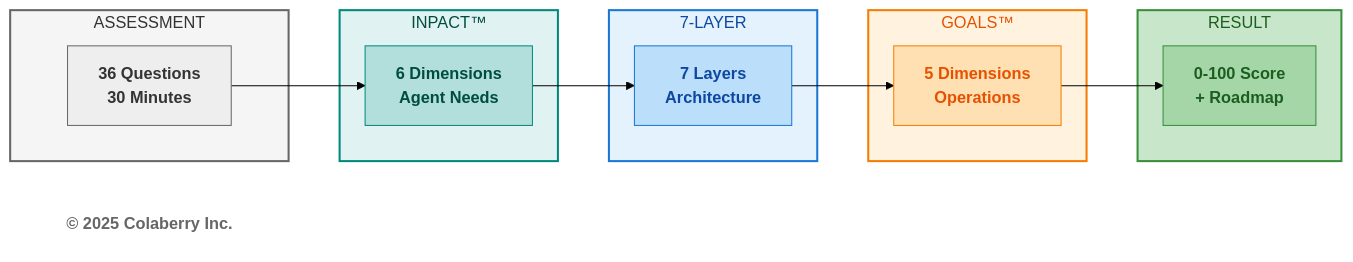
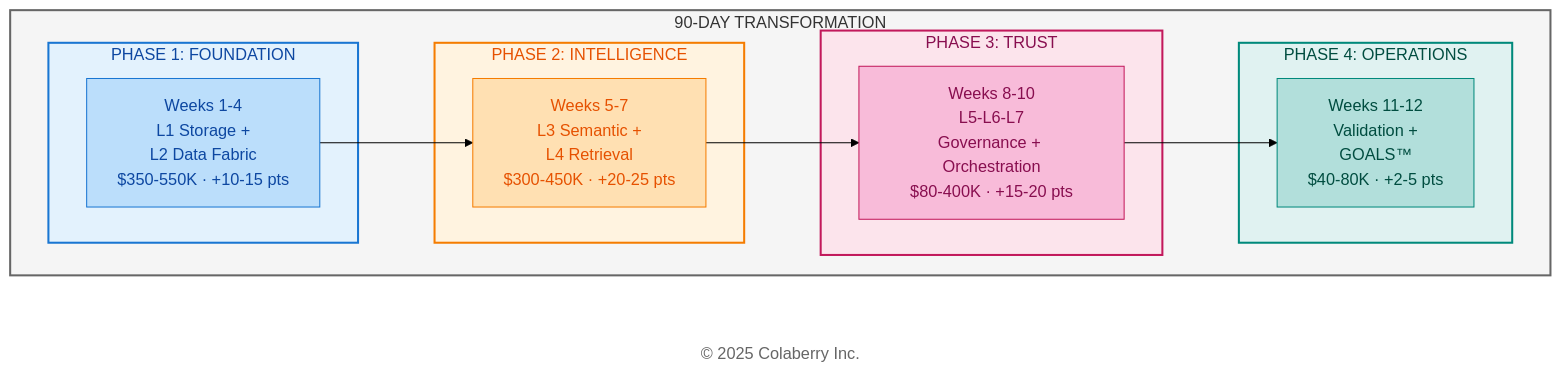
The second of 8 diagrams in manuscript/11_chapter_10_week_by_week_implementation.md (saitejesh-cyber/trust-before-intelligence-book), drawn with Mermaid (forest theme) before and after one commit. The commit also changed other lines of this file, not shown here.

````diff
--- a/manuscript/11_chapter_10_week_by_week_implementation.md
+++ b/manuscript/11_chapter_10_week_by_week_implementation.md
@@ -87,38 +149,38 @@
 ```mermaid
+
 graph LR
-    subgraph ASSESS["ASSESSMENT"]
-        A1["<b>36 Questions</b><br/><b>30 Minutes</b>"]
+    subgraph JOURNEY["90-DAY TRANSFORMATION"]
+        direction LR
+        subgraph PHASE1["PHASE 1: FOUNDATION"]
+            P1["Weeks 1-4<br/>L1 Storage +<br/> L2 Data Fabric<br/>$350-550K · +10-15 pts"]
+        end
+        
+        subgraph PHASE2["PHASE 2: INTELLIGENCE"]
+            P2["Weeks 5-7<br/>L3 Semantic +<br/> L4 Retrieval<br/>$300-450K · +20-25 pts"]
+        end
+        
+        subgraph PHASE3["PHASE 3: TRUST"]
+            P3["Weeks 8-10<br/>L5-L6-L7<br/>Governance + Orchestration<br/>$80-400K · +15-20 pts"]
+        end
+        
+        subgraph PHASE4["PHASE 4: OPERATIONS"]
+            P4["Weeks 11-12<br/>Validation +<br/> GOALS™<br/>$40-80K · +2-5 pts"]
+        end
     end
     
-    subgraph INPACT["INPACT™"]
-        I1["<b>6 Dimensions</b><br/><b>Agent Needs</b>"]
-    end
+    Copyright["© 2025 Colaberry Inc."]
     
-    subgraph ARCH["7-LAYER"]
-        A2["<b>7 Layers</b><br/><b>Architecture</b>"]
-    end
+    P1 --> P2 --> P3 --> P4
     
-    subgraph GOALS["GOALS™"]
-        G1["<b>5 Dimensions</b><br/><b>Operations</b>"]
-    end
-    
-    subgraph RESULT["RESULT"]
-        R1["<b>0-100 Score</b><br/><b>+ Roadmap</b>"]
-    end
-    
-    A1 --> I1 --> A2 --> G1 --> R1
-    
-    Copyright["<b>© 2025 Colaberry Inc.</b>"]
-    
-    style ASSESS fill:#f5f5f5,stroke:#666666,stroke-width:2px,color:#333333
-    style INPACT fill:#e0f2f1,stroke:#00897b,stroke-width:2px,color:#004d40
-    style ARCH fill:#e3f2fd,stroke:#1976d2,stroke-width:2px,color:#0d47a1
-    style GOALS fill:#fff3e0,stroke:#f57c00,stroke-width:2px,color:#e65100
-    style RESULT fill:#c8e6c9,stroke:#388e3c,stroke-width:2px,color:#1b5e20
-    style A1 fill:#eeeeee,stroke:#666666,color:#333333
-    style I1 fill:#b2dfdb,stroke:#00897b,color:#004d40
-    style A2 fill:#bbdefb,stroke:#1976d2,color:#0d47a1
-    style G1 fill:#ffe0b2,stroke:#f57c00,color:#e65100
-    style R1 fill:#a5d6a7,stroke:#388e3c,color:#1b5e20
+    style JOURNEY fill:#f5f5f5,stroke:#666666,stroke-width:2px,color:#333333
+    style PHASE1 fill:#e3f2fd,stroke:#1976d2,stroke-width:2px,color:#0d47a1
+    style PHASE2 fill:#fff3e0,stroke:#f57c00,stroke-width:2px,color:#e65100
+    style PHASE3 fill:#fce4ec,stroke:#c2185b,stroke-width:2px,color:#880e4f
+    style PHASE4 fill:#e0f2f1,stroke:#00897b,stroke-width:2px,color:#004d40
+    style P1 fill:#bbdefb,stroke:#1976d2,color:#0d47a1
+    style P2 fill:#ffe0b2,stroke:#f57c00,color:#e65100
+    style P3 fill:#f8bbd9,stroke:#c2185b,color:#880e4f
+    style P4 fill:#b2dfdb,stroke:#00897b,color:#004d40
     style Copyright fill:#ffffff,stroke:none,color:#666666
+
 ```
````
